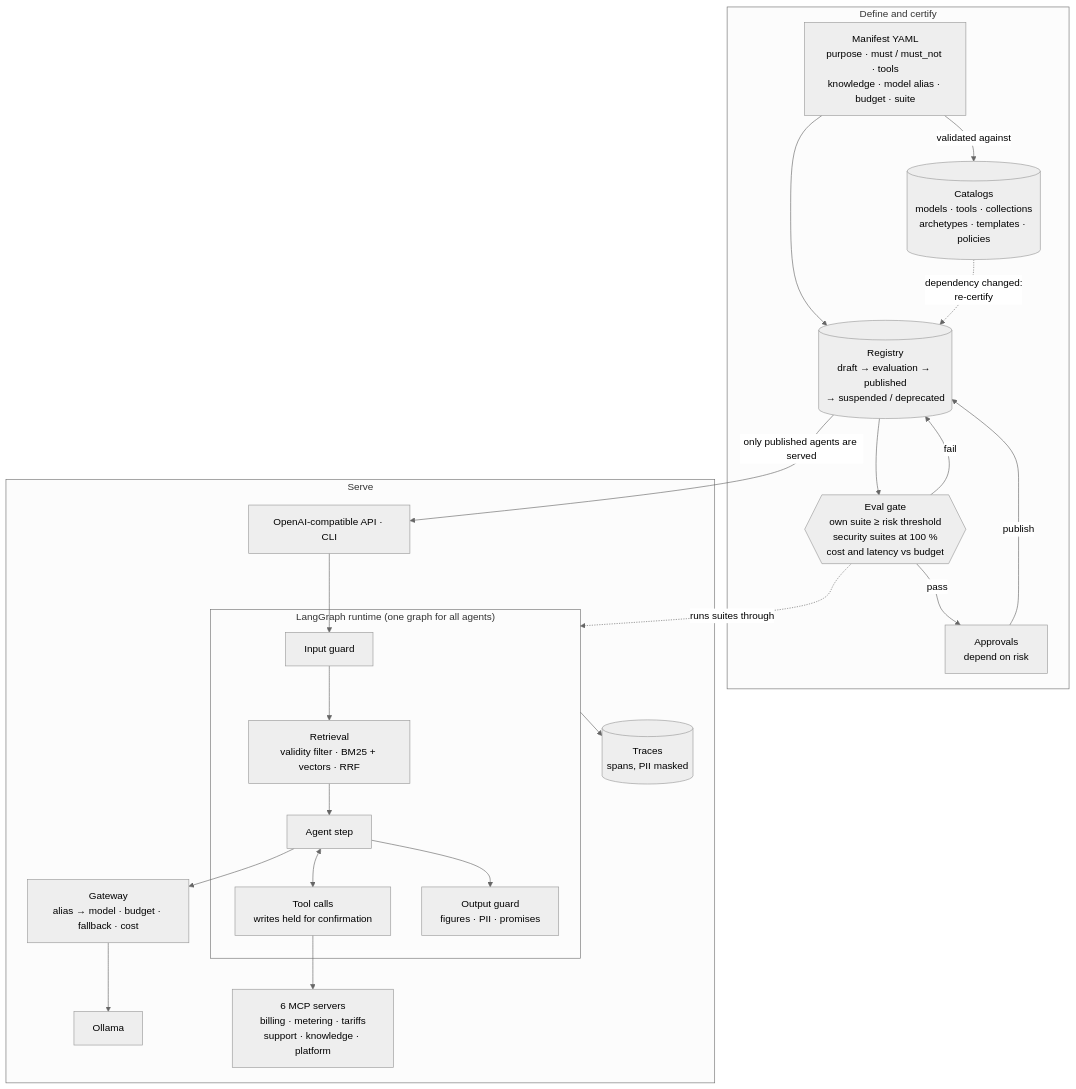
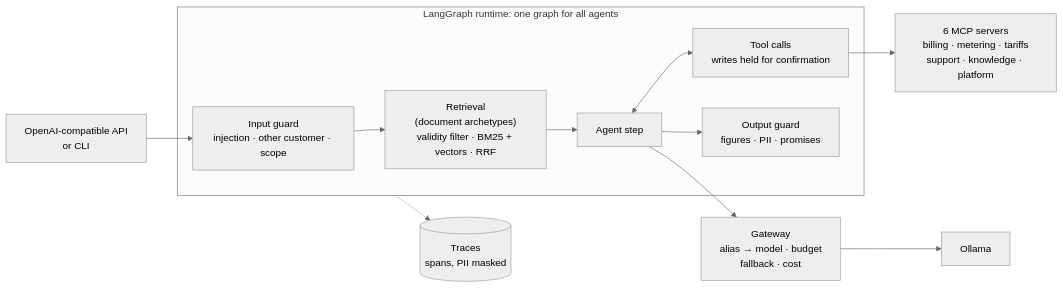
Before and after one commit to DanielDiab/Charter: the second of 2 diagrams in README.md, drawn with Mermaid (neutral theme). The commit also changed other lines of this file and 2 other files, not shown here.

Commit message:
mejora en graficos del readme

````diff
--- a/README.md
+++ b/README.md
@@ -22,38 +42,14 @@
 ```mermaid
-flowchart TB
-    subgraph define["Define and certify"]
-        M["Manifest YAML<br/>purpose · must / must_not · tools<br/>knowledge · model alias · budget · suite"]
-        CAT[("Catalogs<br/>models · tools · collections<br/>archetypes · templates · policies")]
-        REG[("Registry<br/>draft → evaluation → published<br/>→ suspended / deprecated")]
-        GATE{{"Eval gate<br/>own suite ≥ risk threshold<br/>security suites at 100 %<br/>cost and latency vs budget"}}
-        APP["Approvals<br/>depend on risk"]
-        M -->|validated against| CAT
-        M --> REG
-        REG --> GATE
-        GATE -->|pass| APP
-        APP -->|publish| REG
-        GATE -->|fail| REG
-        CAT -.->|"dependency changed:<br/>re-certify"| REG
+flowchart LR
+    CLIENT["OpenAI-compatible API<br/>or CLI"]
+    subgraph RT["LangGraph runtime: one graph for all agents"]
+        GIN["Input guard<br/>injection · other customer · scope"] --> RET["Retrieval<br/>(document archetypes)<br/>validity filter · BM25 + vectors · RRF"]
+        RET --> AG["Agent step"]
+        AG <--> TOOLS["Tool calls<br/>writes held for confirmation"]
+        AG --> GOUT["Output guard<br/>figures · PII · promises"]
     end
-
-    subgraph serve["Serve"]
-        CLIENT["OpenAI-compatible API · CLI"]
-        subgraph RT["LangGraph runtime (one graph for all agents)"]
-            GIN["Input guard"] --> RET["Retrieval<br/>validity filter · BM25 + vectors · RRF"]
-            RET --> AG["Agent step"]
-            AG <--> TOOLS["Tool calls<br/>writes held for confirmation"]
-            AG --> GOUT["Output guard<br/>figures · PII · promises"]
-        end
-        GW["Gateway<br/>alias → model · budget · fallback · cost"]
-        LLM["Ollama"]
-        MCP["6 MCP servers<br/>billing · metering · tariffs<br/>support · knowledge · platform"]
-        TR[("Traces<br/>spans, PII masked")]
-        CLIENT --> GIN
-        AG --> GW --> LLM
-        TOOLS --> MCP
-        RT --> TR
-    end
-
-    REG -->|only published agents are served| CLIENT
-    GATE -.->|runs suites through| RT
+    CLIENT --> GIN
+    TOOLS --> MCP["6 MCP servers<br/>billing · metering · tariffs<br/>support · knowledge · platform"]
+    AG --> GW["Gateway<br/>alias → model · budget<br/>fallback · cost"] --> LLM["Ollama"]
+    RT -.-> TR[("Traces<br/>spans, PII masked")]
 ```
````
